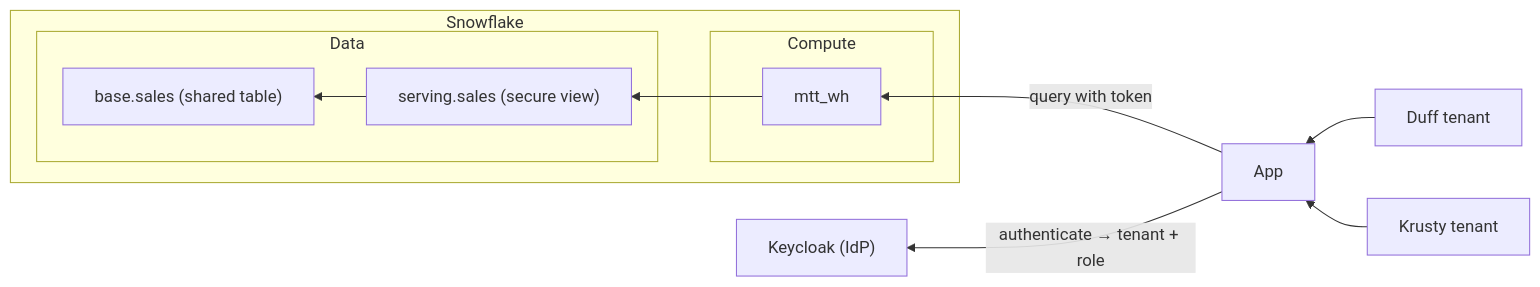
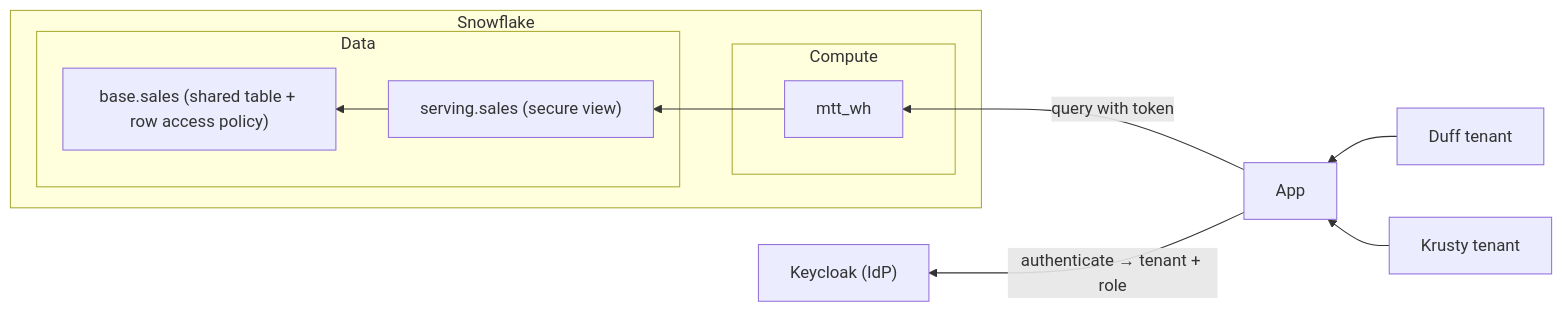
One commit to sfc-gh-rdominguez/snowflake-mutlitenant-patterns changed the diagram in mtt/docs/00_WALKTHROUGH.md. Above: the diagram before and after it, drawn with Mermaid. The commit also changed other lines of this file and 1 other file, not shown here.

````diff
--- a/mtt/docs/00_WALKTHROUGH.md
+++ b/mtt/docs/00_WALKTHROUGH.md
@@ -12,18 +10,18 @@
 ```mermaid
 flowchart RL
     duff["Duff tenant"] --> app
     krusty["Krusty tenant"] --> app
     app["App"] -->|"authenticate → tenant + role"| idp["Keycloak (IdP)"]
     app -->|"query with token"| mtt-wh
 
     subgraph snowflake["Snowflake"]
         subgraph compute["Compute"]
             mtt-wh["mtt_wh"]
         end
         subgraph data["Data"]
-            view["serving.sales (secure view)"] --> sales["base.sales (shared table)"]
+            view["serving.sales (secure view)"] --> sales["base.sales (shared table + row access policy)"]
         end
 
             mtt-wh --> view
     end
 ```
````
